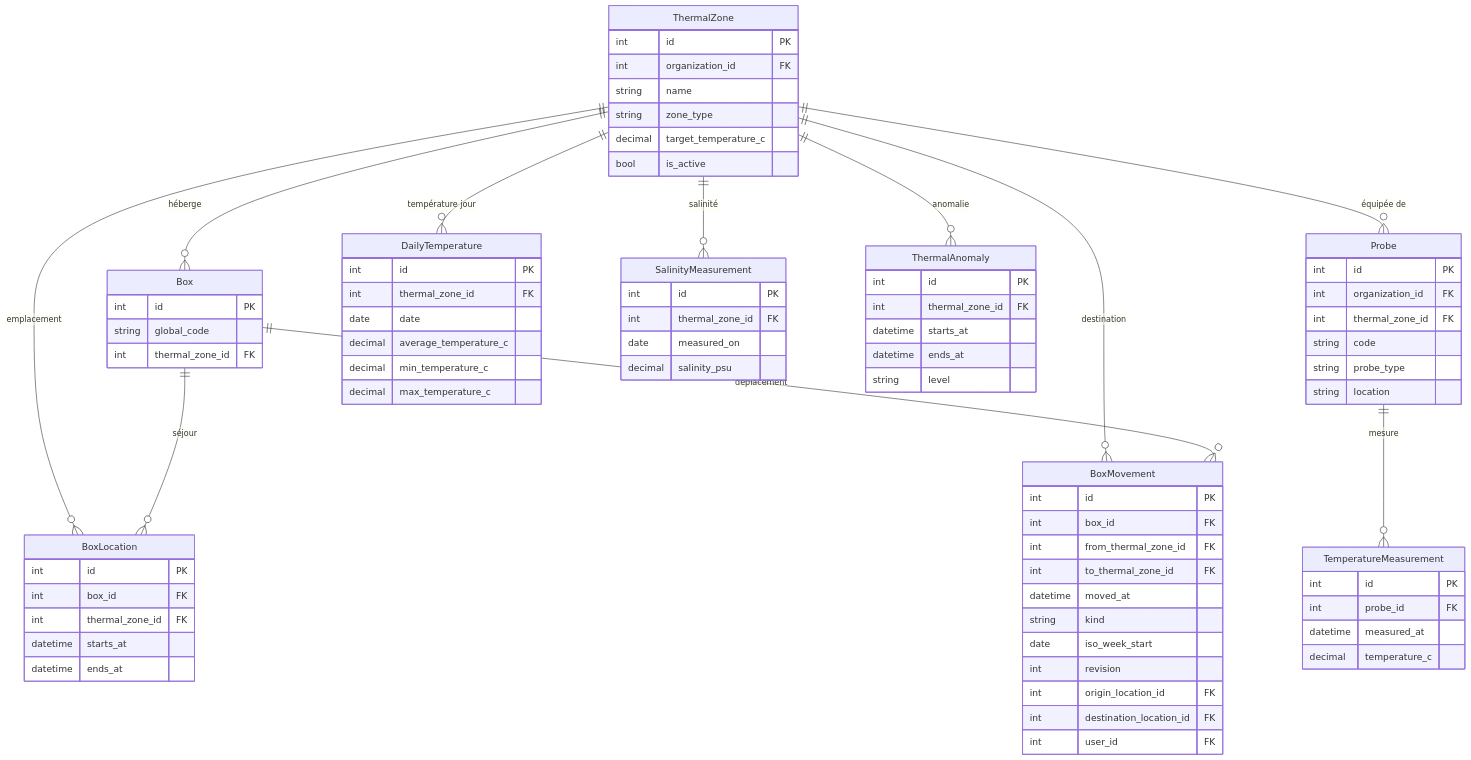
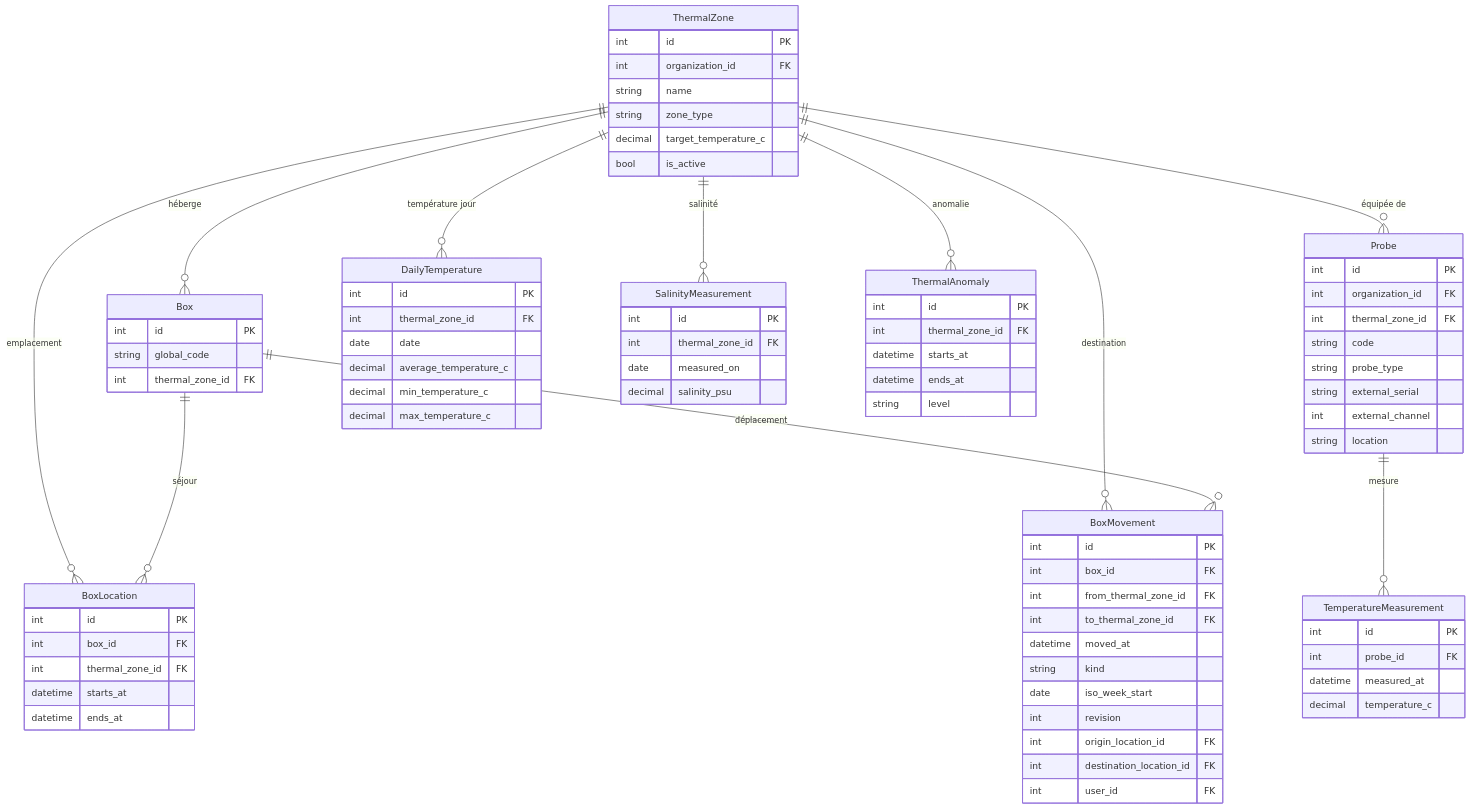
Before and after one commit to Anthony2210/POLYPBASE: the second of 3 diagrams in docs/mcd/schema_bdd.md, drawn with Mermaid. The commit also changed other lines of this file and 19 other files, not shown here.

```diff
--- a/docs/mcd/schema_bdd.md
+++ b/docs/mcd/schema_bdd.md
@@ -207,6 +208,8 @@
         int thermal_zone_id FK
         string code
         string probe_type
+        string external_serial
+        int external_channel
         string location
     }
     TemperatureMeasurement {
```
